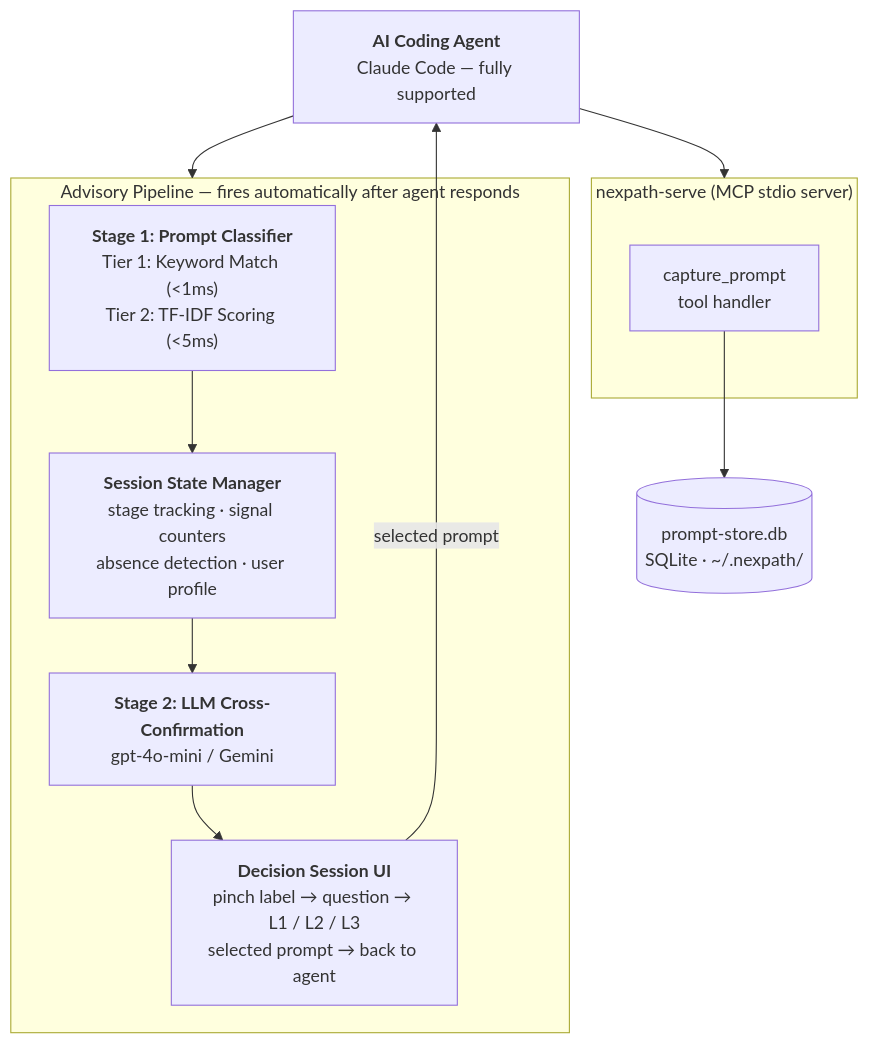
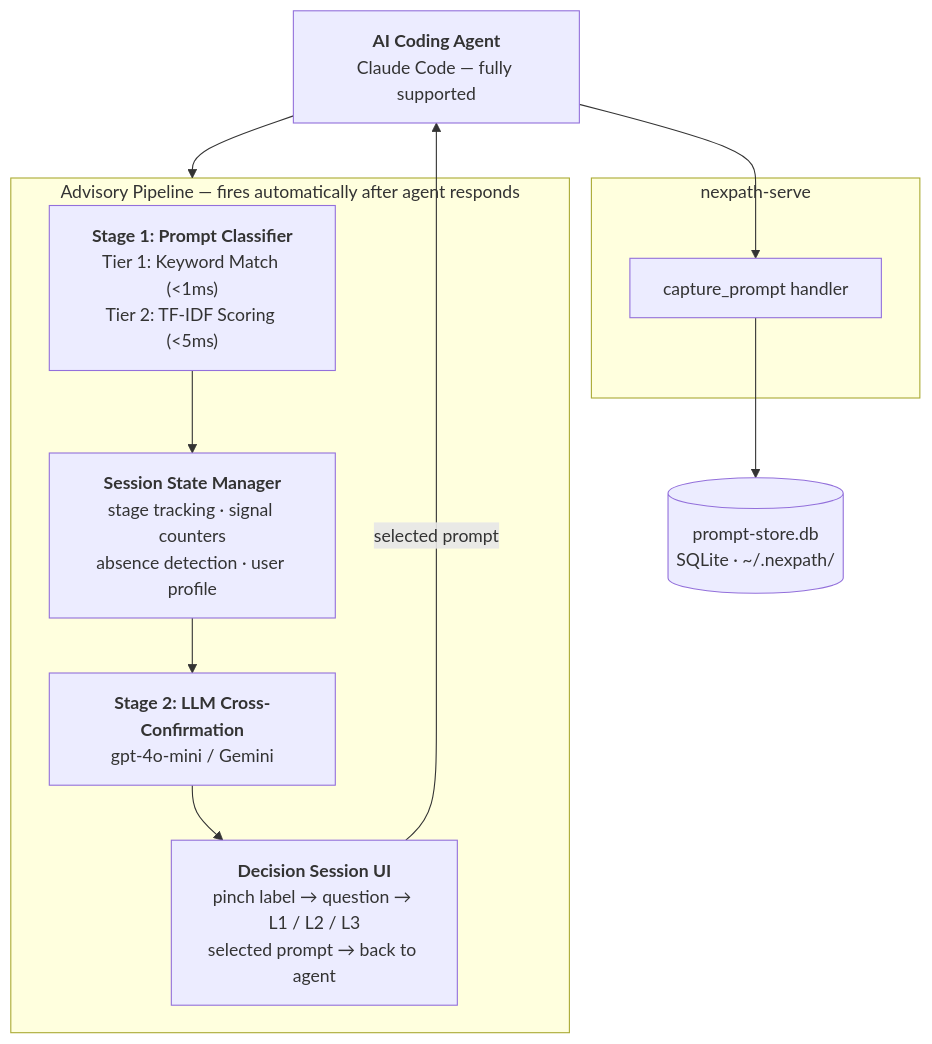
Before and after one commit to hi0001234d/nexpath: the diagram in README.md, drawn with Mermaid. The commit also changed other lines of this file, not shown here.

````diff
--- a/README.md
+++ b/README.md
@@ -33,23 +29,23 @@
 ```mermaid
 flowchart TB
     Agent["<b>AI Coding Agent</b><br/>Claude Code — fully supported"]
 
-    subgraph MCP["nexpath-serve (MCP stdio server)"]
-        Capture["capture_prompt<br/>tool handler"]
+    subgraph NS["nexpath-serve"]
+        Capture["capture_prompt handler"]
     end
 
     DB[("prompt-store.db<br/>SQLite · ~/.nexpath/")]
 
     subgraph Pipeline["Advisory Pipeline — fires automatically after agent responds"]
         S1["<b>Stage 1: Prompt Classifier</b><br/>Tier 1: Keyword Match (&lt;1ms)<br/>Tier 2: TF-IDF Scoring (&lt;5ms)"]
         SM["<b>Session State Manager</b><br/>stage tracking · signal counters<br/>absence detection · user profile"]
         S2["<b>Stage 2: LLM Cross-Confirmation</b><br/>gpt-4o-mini / Gemini"]
         DS["<b>Decision Session UI</b><br/>pinch label → question → L1 / L2 / L3<br/>selected prompt → back to agent"]
     end
 
-    Agent --> MCP
+    Agent --> Capture
     Capture --> DB
     Agent --> Pipeline
     S1 --> SM --> S2 --> DS
     DS -->|"selected prompt"| Agent
 ```
````
